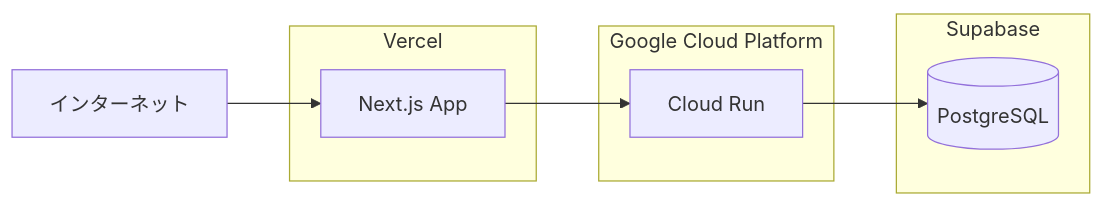
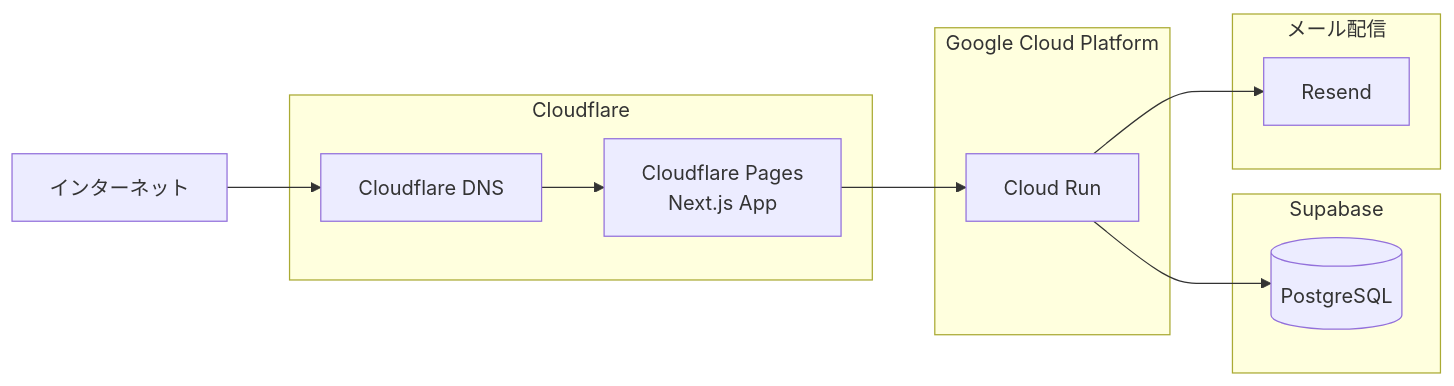
Before and after one commit to cergijame101007/satehits: the third of 4 diagrams in docs/infrastructure.md, drawn with Mermaid. The commit also changed other lines of this file and 2 other files, not shown here.

First line of the commit message:
docs: インフラ構成を変更（Vercel→Cloudflare Pages, Resend追加）

````diff
--- a/docs/infrastructure.md
+++ b/docs/infrastructure.md
@@ -111,18 +134,25 @@
 ```mermaid
 flowchart LR
-    subgraph Vercel[Vercel]
-        VercelApp[Next.js App]
+    subgraph CF[Cloudflare]
+        DNS[Cloudflare DNS]
+        Pages[Cloudflare Pages<br>Next.js App]
     end
 
     subgraph GCP[Google Cloud Platform]
         CloudRun[Cloud Run]
     end
 
     subgraph Supabase[Supabase]
         DB[(PostgreSQL)]
     end
 
-    Internet[インターネット] --> VercelApp
-    VercelApp --> CloudRun
+    subgraph Mail[メール配信]
+        Resend[Resend]
+    end
+
+    Internet[インターネット] --> DNS
+    DNS --> Pages
+    Pages --> CloudRun
     CloudRun --> DB
+    CloudRun --> Resend
 ```
````
